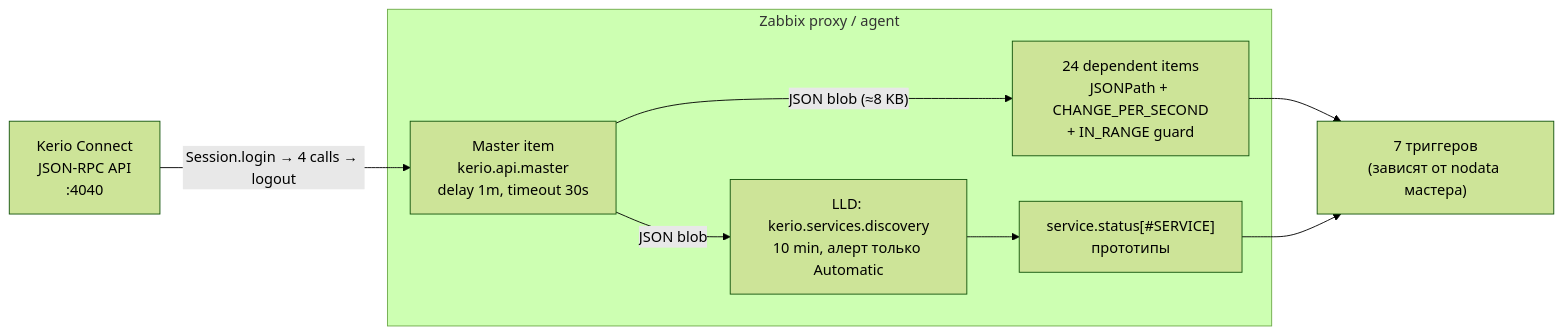
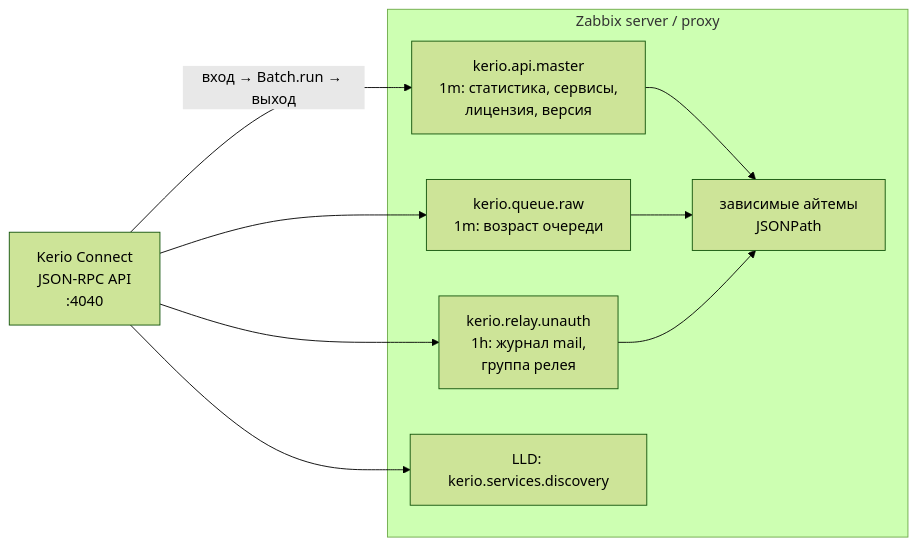
The first of 2 diagrams in README.md (IT-for-Prof/zabbix-kerio-connect), drawn with Mermaid (forest theme) before and after one commit. The commit also changed other lines of this file and 3 other files, not shown here.

First line of the commit message:
Docs 1.2.0: architecture, relay group and open-relay triggers, Smtp.get relayControl; plain-language pass

````diff
--- a/README.md
+++ b/README.md
@@ -12,18 +12,18 @@
 ```mermaid
 flowchart LR
     K[Kerio Connect<br/>JSON-RPC API<br/>:4040]
-    subgraph Z[Zabbix proxy / agent]
-        M["Master item<br/>kerio.api.master<br/>delay 1m, timeout 30s"]
-        D["24 dependent items<br/>JSONPath + CHANGE_PER_SECOND<br/>+ IN_RANGE guard"]
-        L["LLD: kerio.services.discovery<br/>10 min, алерт только Automatic"]
-        SP["service.status[#SERVICE]<br/>прототипы"]
+    subgraph Z[Zabbix server / proxy]
+        M["kerio.api.master<br/>1m: статистика, сервисы,<br/>лицензия, версия"]
+        Q["kerio.queue.raw<br/>1m: возраст очереди"]
+        R["kerio.relay.unauth<br/>1h: журнал mail,<br/>группа релея"]
+        L["LLD: kerio.services.discovery"]
+        D["зависимые айтемы<br/>JSONPath"]
     end
-    T["7 триггеров<br/>(зависят от nodata мастера)"]
-
-    K -- "Session.login → 4 calls → logout" --> M
-    M -- "JSON blob (≈8 KB)" --> D
-    M -- "JSON blob" --> L
-    L --> SP
-    D --> T
-    SP --> T
+    K -- "вход → Batch.run → выход" --> M
+    K --> Q
+    K --> R
+    K --> L
+    M --> D
+    Q --> D
+    R --> D
 ```
````
